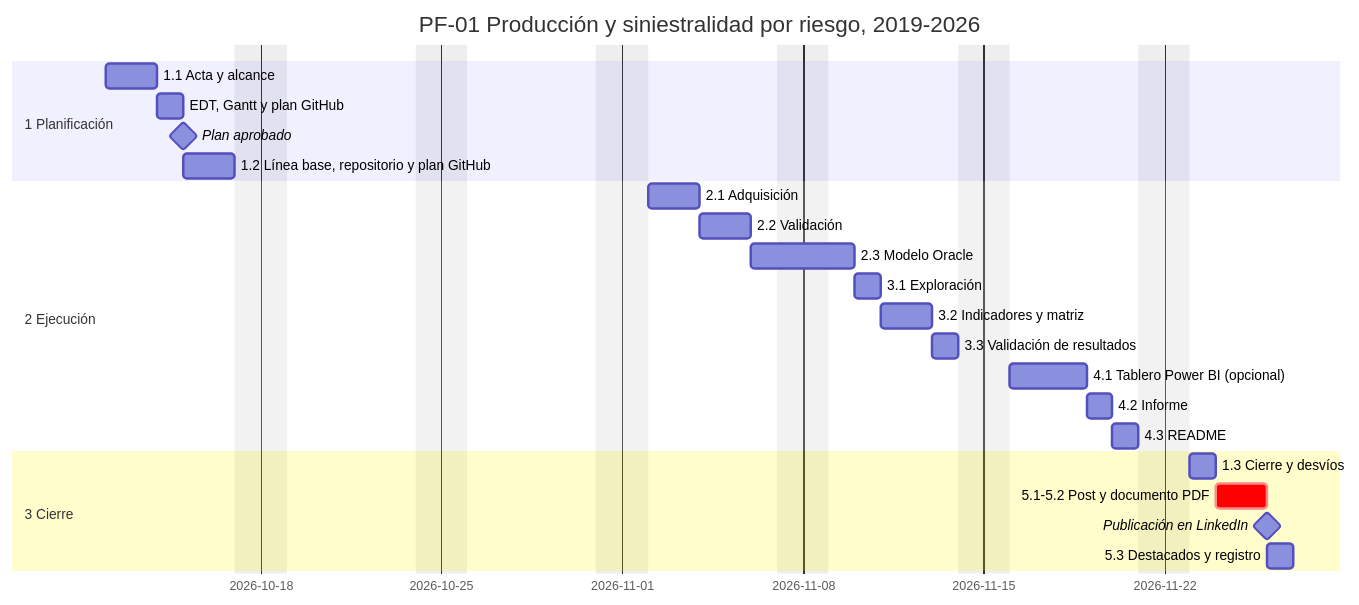
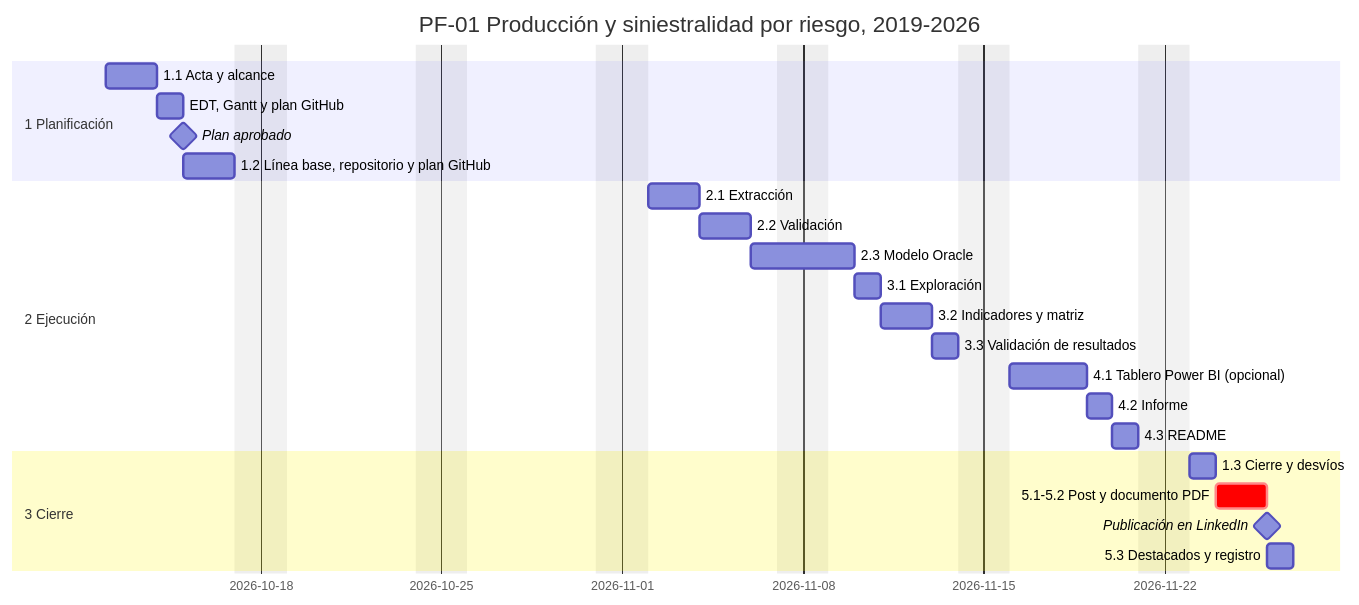
Before and after one commit to josecaychoa/pf-01-siniestralidad-sbs: the second of 2 diagrams in docs/02_edt_gantt.md, drawn with Mermaid. The commit also changed other lines of this file and 4 other files, not shown here.

````diff
--- a/docs/02_edt_gantt.md
+++ b/docs/02_edt_gantt.md
@@ -53,28 +53,28 @@
 ```mermaid
 gantt
     title PF-01 Producción y siniestralidad por riesgo, 2019-2026
     dateFormat YYYY-MM-DD
     excludes weekends
     %% Feriados nacionales en días hábiles entre 2026-10-12 y 2026-11-27: ninguno
     %% (09 v1.2; el 1 de noviembre de 2026 cae en domingo). Confirmar en gob.pe.
     section 1 Planificación
     1.1 Acta y alcance                 :p1, 2026-10-12, 2d
     EDT, Gantt y plan GitHub           :p2, after p1, 1d
     Plan aprobado                      :milestone, m1, after p2, 0d
     1.2 Línea base, repositorio y plan GitHub :p3, after m1, 2d
     section 2 Ejecución
-    2.1 Adquisición                    :e1, 2026-11-02, 2d
+    2.1 Extracción                     :e1, 2026-11-02, 2d
     2.2 Validación                     :e2, after e1, 2d
     2.3 Modelo Oracle                  :e3, after e2, 2d
     3.1 Exploración                    :e4, after e3, 1d
     3.2 Indicadores y matriz           :e5, after e4, 2d
     3.3 Validación de resultados       :e6, after e5, 1d
     4.1 Tablero Power BI (opcional)    :e7, after e6, 3d
     4.2 Informe                        :e8, after e7, 1d
     4.3 README                         :e9, after e8, 1d
     section 3 Cierre
     1.3 Cierre y desvíos               :s1, after e9, 1d
     5.1-5.2 Post y documento PDF       :crit, s2, after s1, 2d
     Publicación en LinkedIn            :milestone, m2, 2026-11-26, 0d
     5.3 Destacados y registro          :s3, 2026-11-26, 1d
 ```
````
